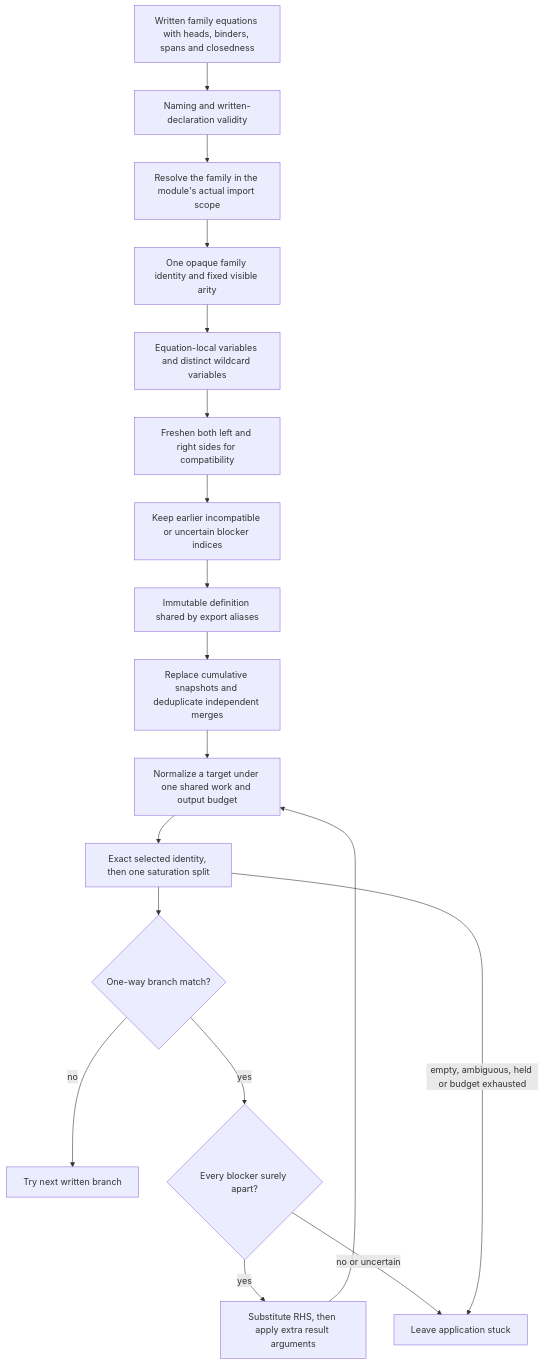
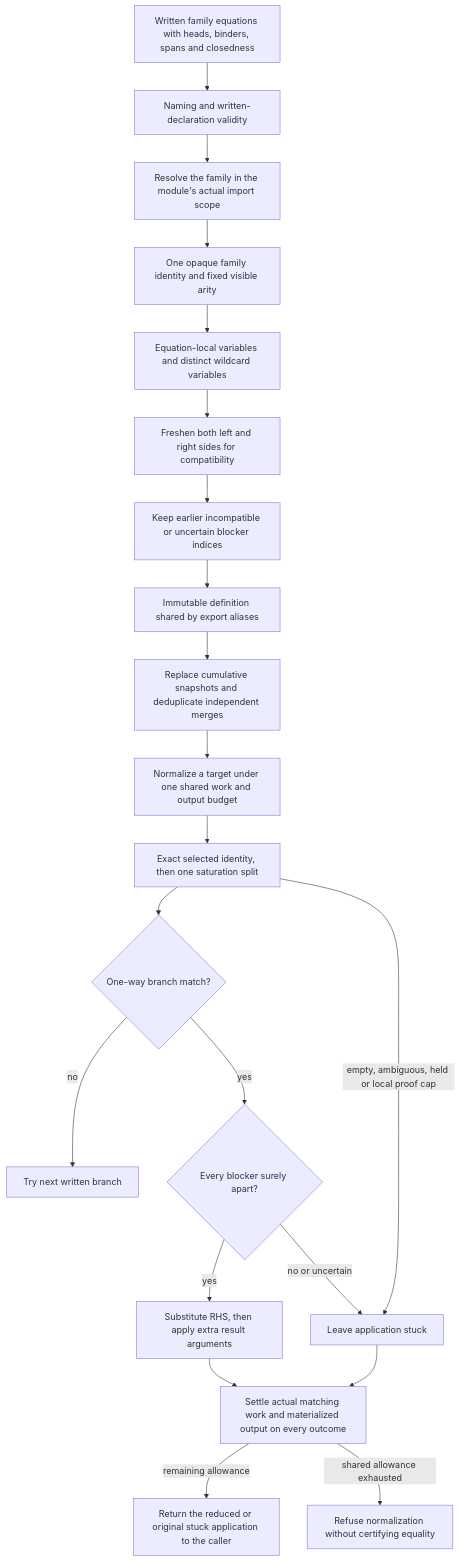
The second of 4 diagrams in spec-chirho/workflows-chirho/language-features-chirho/stuck-family-equalities-chirho.md (loveJesus/haskelujah-chirho), drawn with Mermaid before and after one commit. The commit also changed other lines of this file and 7 other files, not shown here.

````diff
--- a/spec-chirho/workflows-chirho/language-features-chirho/stuck-family-equalities-chirho.md
+++ b/spec-chirho/workflows-chirho/language-features-chirho/stuck-family-equalities-chirho.md
@@ -86,21 +86,24 @@
 ```mermaid
 flowchart TD
     written_chirho[Written family equations with heads, binders, spans and closedness]
     written_chirho --> validity_chirho[Naming and written-declaration validity]
     validity_chirho --> scope_chirho[Resolve the family in the module's actual import scope]
     scope_chirho --> registry_chirho[One opaque family identity and fixed visible arity]
     registry_chirho --> registration_chirho[Equation-local variables and distinct wildcard variables]
     registration_chirho --> compatibility_chirho[Freshen both left and right sides for compatibility]
     compatibility_chirho --> blockers_chirho[Keep earlier incompatible or uncertain blocker indices]
     blockers_chirho --> snapshot_chirho[Immutable definition shared by export aliases]
     snapshot_chirho --> imports_chirho[Replace cumulative snapshots and deduplicate independent merges]
     imports_chirho --> target_chirho[Normalize a target under one shared work and output budget]
     target_chirho --> lookup_chirho[Exact selected identity, then one saturation split]
     lookup_chirho --> match_chirho{One-way branch match?}
     match_chirho -->|no| next_chirho[Try next written branch]
     match_chirho -->|yes| apart_chirho{Every blocker surely apart?}
     apart_chirho -->|yes| rhs_chirho[Substitute RHS, then apply extra result arguments]
     apart_chirho -->|no or uncertain| stuck_chirho[Leave application stuck]
-    lookup_chirho -->|empty, ambiguous, held or budget exhausted| stuck_chirho
-    rhs_chirho --> target_chirho
+    lookup_chirho -->|empty, ambiguous, held or local proof cap| stuck_chirho
+    rhs_chirho --> settle_chirho[Settle actual matching work and materialized output on every outcome]
+    stuck_chirho --> settle_chirho
+    settle_chirho -->|remaining allowance| result_chirho[Return the reduced or original stuck application to the caller]
+    settle_chirho -->|shared allowance exhausted| exhausted_chirho[Refuse normalization without certifying equality]
 ```
````
